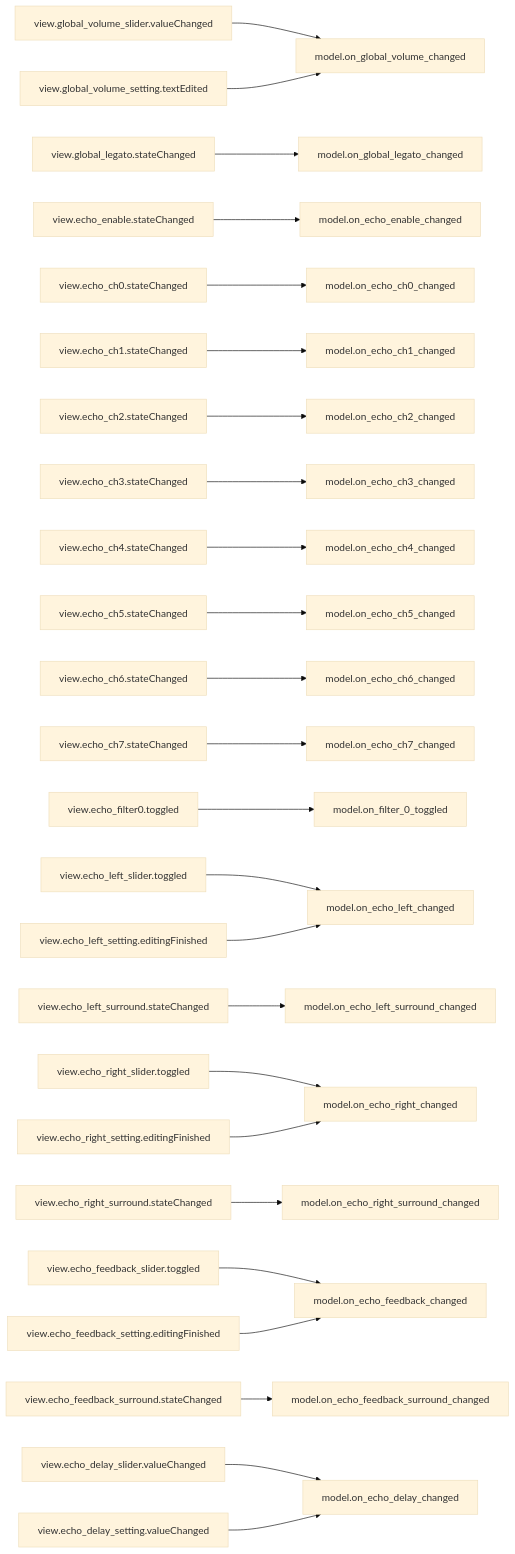
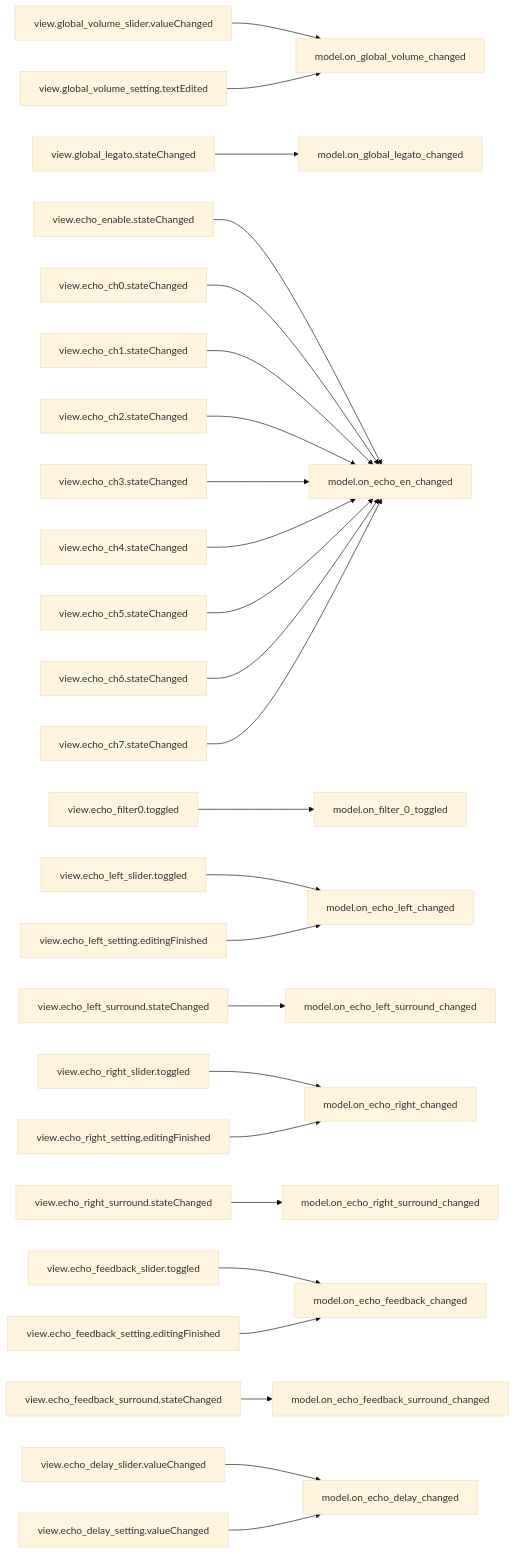
The eighth of 8 diagrams in doc/source/dashboard_signal_slot_map.rst (com-posers-pit/smw_music), drawn with Mermaid (base theme) before and after one commit. The commit also changed other lines of this file and 3 other files, not shown here.

```diff
--- a/doc/source/dashboard_signal_slot_map.rst
+++ b/doc/source/dashboard_signal_slot_map.rst
@@ -154,27 +154,27 @@
 .. mermaid::
 
    flowchart LR
      view.global_volume_slider.valueChanged --> model.on_global_volume_changed
      view.global_volume_setting.textEdited --> model.on_global_volume_changed
      view.global_legato.stateChanged --> model.on_global_legato_changed
-     view.echo_enable.stateChanged --> model.on_echo_enable_changed
-     view.echo_ch0.stateChanged --> model.on_echo_ch0_changed
-     view.echo_ch1.stateChanged --> model.on_echo_ch1_changed
-     view.echo_ch2.stateChanged --> model.on_echo_ch2_changed
-     view.echo_ch3.stateChanged --> model.on_echo_ch3_changed
-     view.echo_ch4.stateChanged --> model.on_echo_ch4_changed
-     view.echo_ch5.stateChanged --> model.on_echo_ch5_changed
-     view.echo_ch6.stateChanged --> model.on_echo_ch6_changed
-     view.echo_ch7.stateChanged --> model.on_echo_ch7_changed
+     view.echo_enable.stateChanged --> model.on_echo_en_changed
+     view.echo_ch0.stateChanged --> model.on_echo_en_changed
+     view.echo_ch1.stateChanged --> model.on_echo_en_changed
+     view.echo_ch2.stateChanged --> model.on_echo_en_changed
+     view.echo_ch3.stateChanged --> model.on_echo_en_changed
+     view.echo_ch4.stateChanged --> model.on_echo_en_changed
+     view.echo_ch5.stateChanged --> model.on_echo_en_changed
+     view.echo_ch6.stateChanged --> model.on_echo_en_changed
+     view.echo_ch7.stateChanged --> model.on_echo_en_changed
      view.echo_filter0.toggled --> model.on_filter_0_toggled
      view.echo_left_slider.toggled --> model.on_echo_left_changed
      view.echo_left_setting.editingFinished --> model.on_echo_left_changed
      view.echo_left_surround.stateChanged --> model.on_echo_left_surround_changed
      view.echo_right_slider.toggled --> model.on_echo_right_changed
      view.echo_right_setting.editingFinished --> model.on_echo_right_changed
      view.echo_right_surround.stateChanged --> model.on_echo_right_surround_changed
      view.echo_feedback_slider.toggled --> model.on_echo_feedback_changed
      view.echo_feedback_setting.editingFinished --> model.on_echo_feedback_changed
      view.echo_feedback_surround.stateChanged --> model.on_echo_feedback_surround_changed
      view.echo_delay_slider.valueChanged --> model.on_echo_delay_changed
      view.echo_delay_setting.valueChanged --> model.on_echo_delay_changed
```
